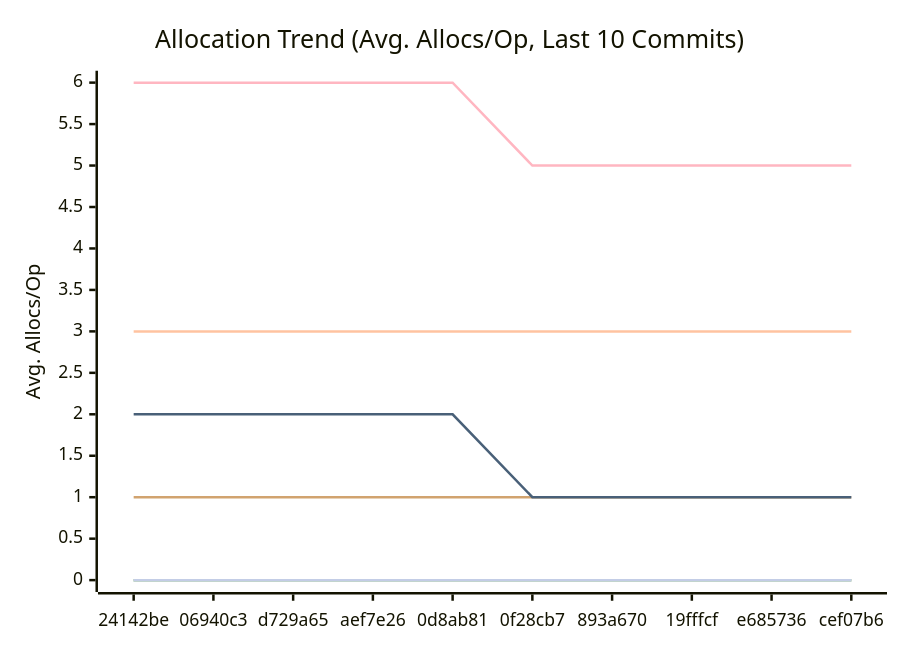
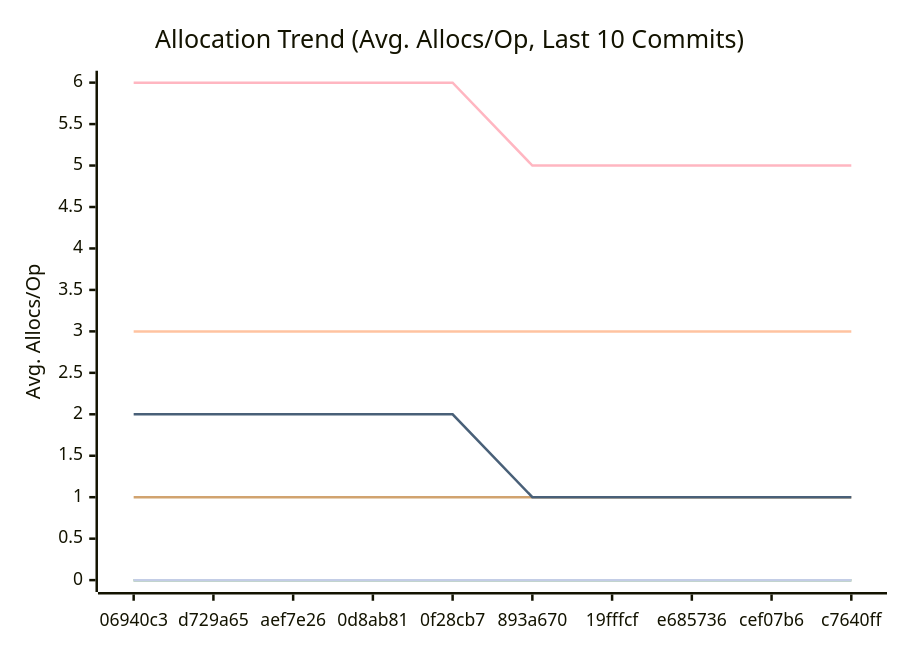
The third of 3 diagrams in docs/PERFORMANCE.md (alsotoes/momo), drawn with Mermaid before and after one commit. The commit also changed other lines of this file and 2 other files, not shown here.

````diff
--- a/docs/PERFORMANCE.md
+++ b/docs/PERFORMANCE.md
@@ -114,16 +114,16 @@
 ```mermaid
 xychart-beta
     title "Allocation Trend (Avg. Allocs/Op, Last 10 Commits)"
     x-axis "Commit"
     y-axis "Avg. Allocs/Op"
-    x-axis [24142be,06940c3,d729a65,aef7e26,0d8ab81,0f28cb7,893a670,19fffcf,e685736,cef07b6]
+    x-axis [06940c3,d729a65,aef7e26,0d8ab81,0f28cb7,893a670,19fffcf,e685736,cef07b6,c7640ff]
     line "CheckMetricsAndSwap" [0,0,0,0,0,0,0,0,0,0]
     line "CrushOptimized" [0,0,0,0,0,0,0,0,0,0]
     line "CrushOriginal" [3,3,3,3,3,3,3,3,3,3]
     line "IndexDirectTracking" [0,0,0,0,0,0,0,0,0,0]
     line "IndexSearch" [0,0,0,0,0,0,0,0,0,0]
     line "LoadGlobalConfig" [1,1,1,1,1,1,1,1,1,1]
     line "PadString" [0,0,0,0,0,0,0,0,0,0]
     line "ParseReplicationOrder_NoPrealloc" [6,6,6,6,6,5,5,5,5,5]
     line "ParseReplicationOrder_Prealloc" [2,2,2,2,2,1,1,1,1,1]
 ```
````
